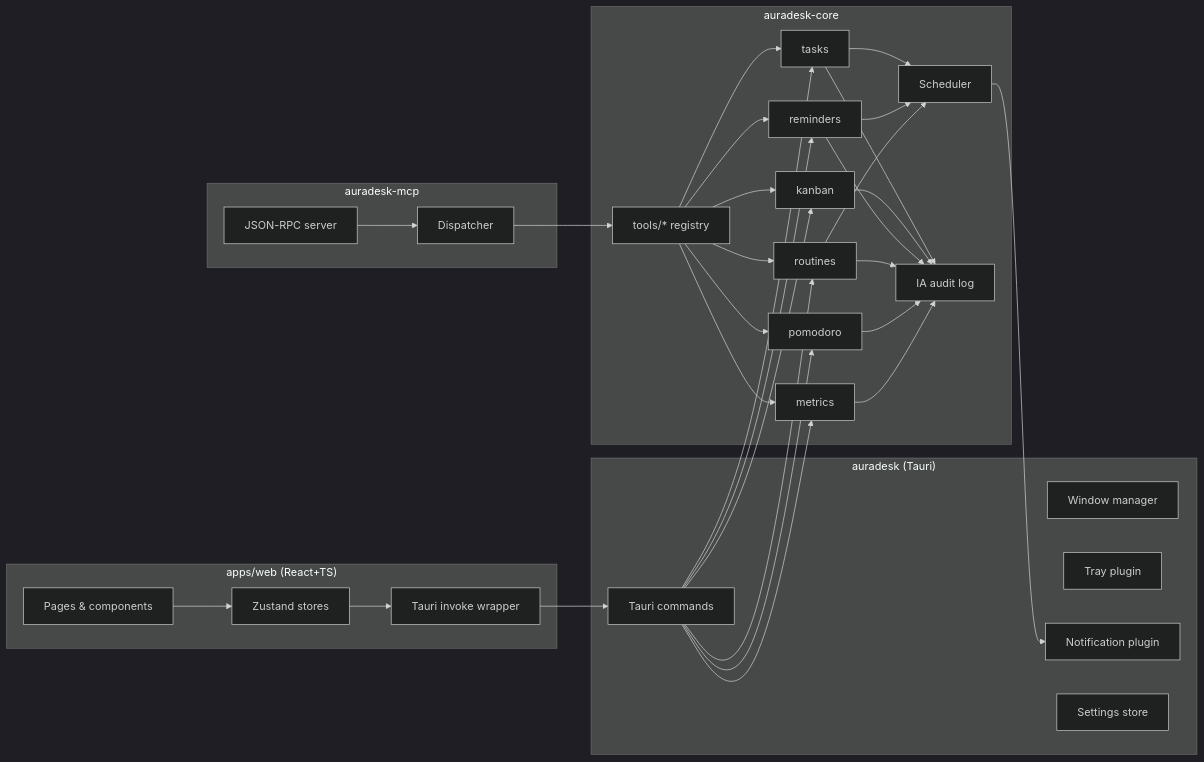
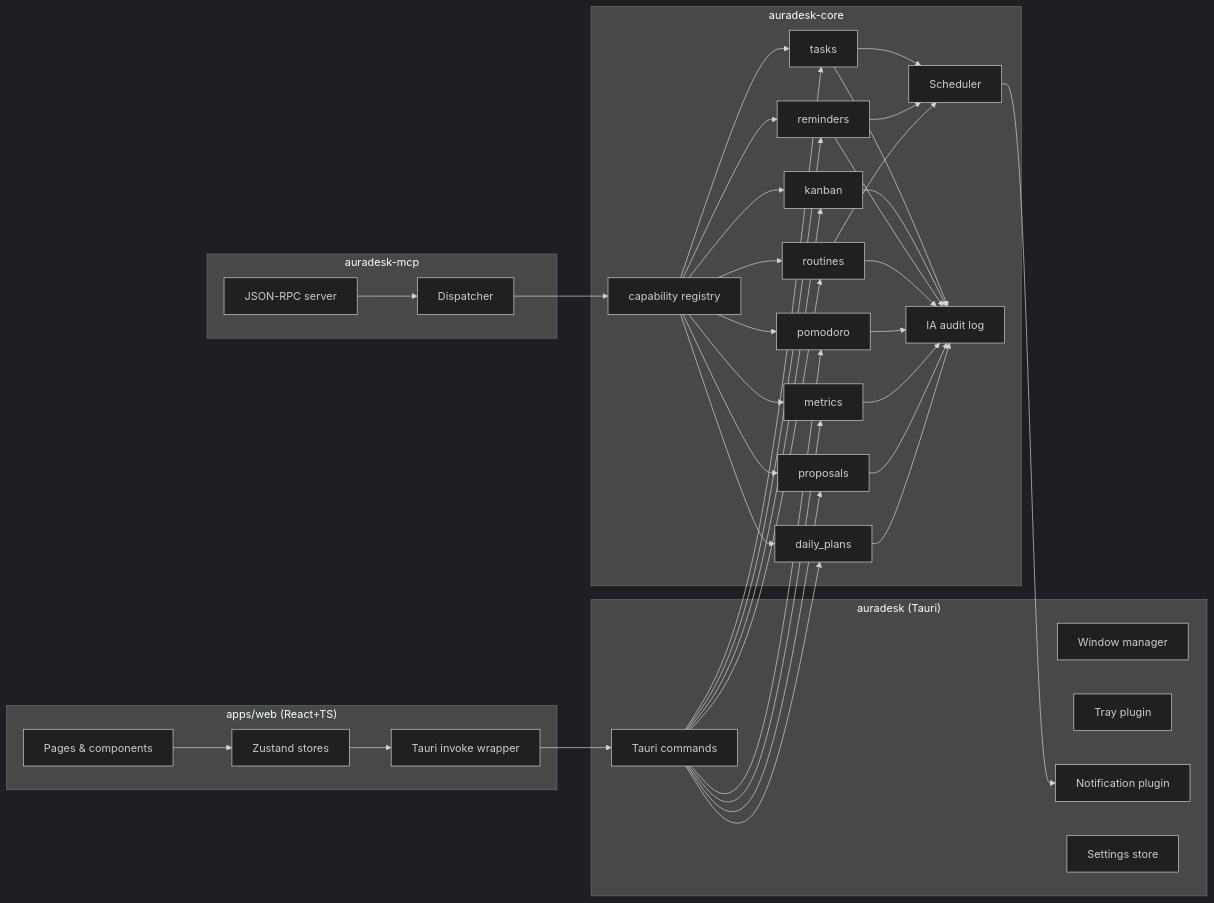
One commit to RAGton/aura-desk changed the second of 10 diagrams in docs/superpowers/specs/2026-10-16-auradesk-mvp-design.md. Above: the diagram before and after it, drawn with Mermaid (dark theme). The commit also changed other lines of this file, not shown here.

````diff
--- a/docs/superpowers/specs/2026-10-16-auradesk-mvp-design.md
+++ b/docs/superpowers/specs/2026-10-16-auradesk-mvp-design.md
@@ -108,61 +112,69 @@
 ```mermaid
 flowchart LR
     subgraph Frontend["apps/web (React+TS)"]
         UI[Pages & components]
         Store[Zustand stores]
         IPC[Tauri invoke wrapper]
     end
 
     subgraph Tauri["auradesk (Tauri)"]
         CMD[Tauri commands]
         WIN[Window manager]
         TRAY[Tray plugin]
         NOTIF[Notification plugin]
         SET[Settings store]
     end
 
     subgraph MCP["auradesk-mcp"]
         RPC[JSON-RPC server]
         DISP[Dispatcher]
     end
 
     subgraph Core["auradesk-core"]
         T1[tasks]
         T2[kanban]
         T3[reminders]
         T4[routines]
         T5[pomodoro]
         T6[metrics]
-        TOOLS[tools/* registry]
+        T7[proposals]
+        T8[daily_plans]
+        TOOLS[capability registry]
         SCH[Scheduler]
         AUD[IA audit log]
     end
 
     UI --> Store
     Store --> IPC
     IPC --> CMD
     RPC --> DISP
     DISP --> TOOLS
     CMD --> T1
     CMD --> T2
     CMD --> T3
     CMD --> T4
     CMD --> T5
     CMD --> T6
+    CMD --> T7
+    CMD --> T8
     TOOLS --> T1
     TOOLS --> T2
     TOOLS --> T3
     TOOLS --> T4
     TOOLS --> T5
     TOOLS --> T6
+    TOOLS --> T7
+    TOOLS --> T8
     T1 --> SCH
     T3 --> SCH
     T4 --> SCH
     SCH --> NOTIF
     T1 --> AUD
     T2 --> AUD
     T3 --> AUD
     T4 --> AUD
     T5 --> AUD
     T6 --> AUD
+    T7 --> AUD
+    T8 --> AUD
 ```
````
